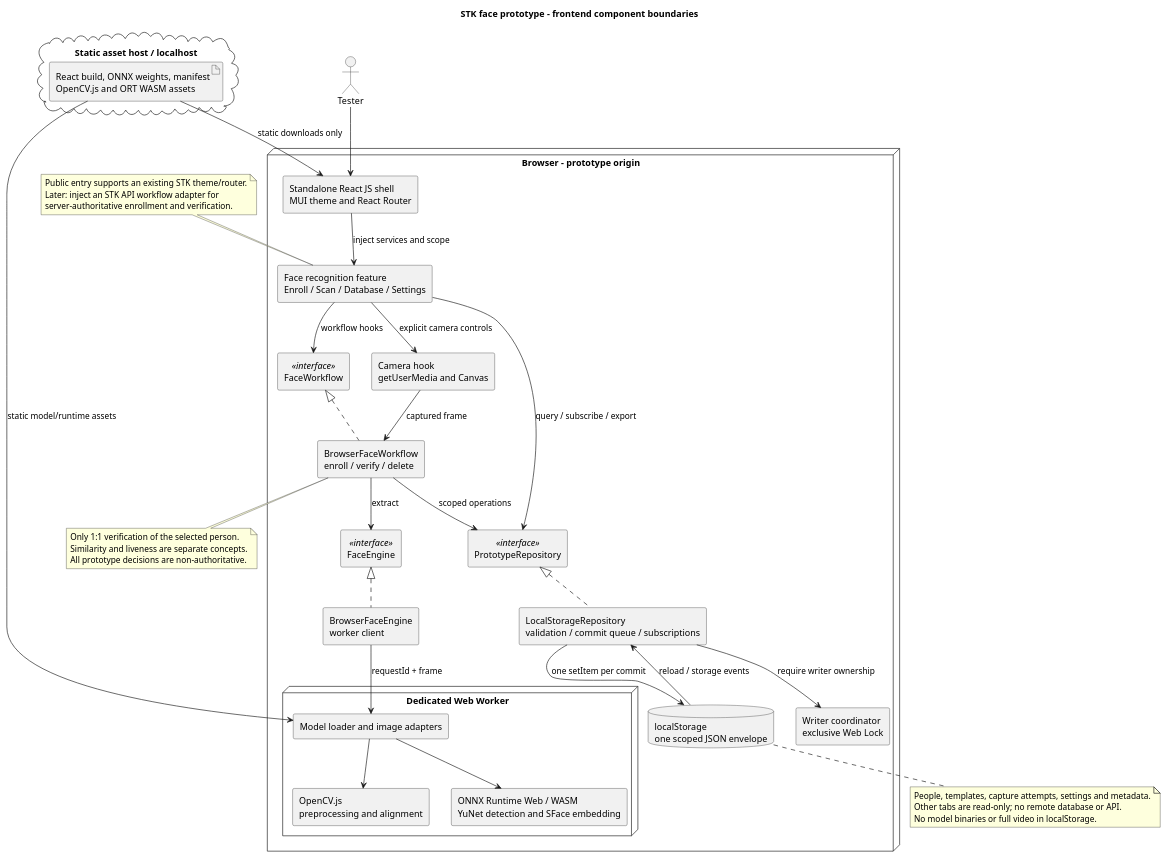
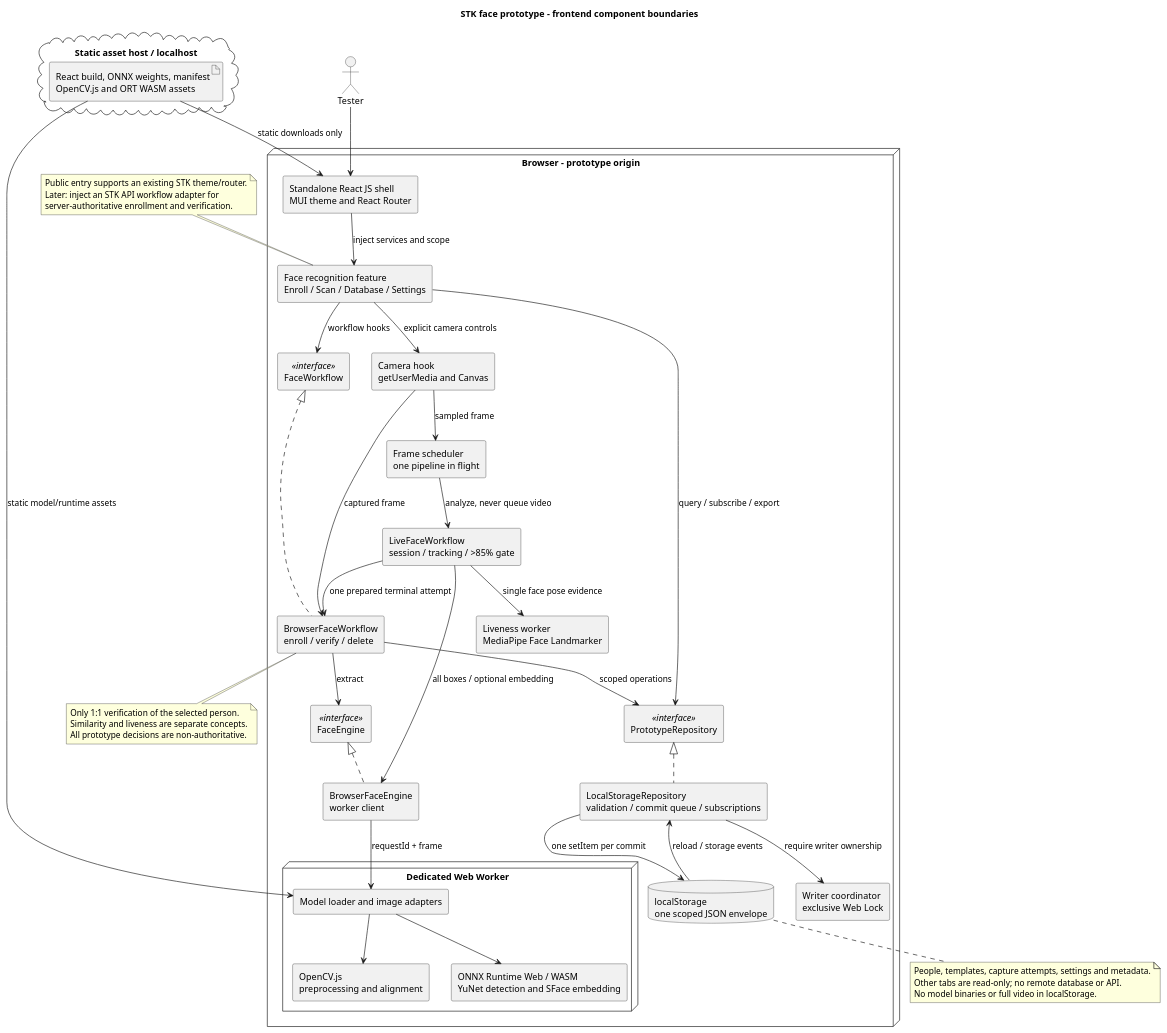
Before and after one commit to pixelDigitTony/face-recog-prototype: the first of 7 diagrams in docs/STK_FACE_RECOGNITION_PROTOTYPE_UML.puml, drawn with PlantUML. The commit also changed other lines of this file and 54 other files, not shown here.

```diff
--- a/docs/STK_FACE_RECOGNITION_PROTOTYPE_UML.puml
+++ b/docs/STK_FACE_RECOGNITION_PROTOTYPE_UML.puml
@@ -5,68 +5,76 @@
 @startuml stk_face_prototype_components
 title STK face prototype - frontend component boundaries
 top to bottom direction
 skinparam componentStyle rectangle
 skinparam shadowing false
 
 actor Tester
 cloud "Static asset host / localhost" as Assets {
   artifact "React build, ONNX weights, manifest\nOpenCV.js and ORT WASM assets" as Files
 }
 
 node "Browser - prototype origin" as Browser {
   component "Standalone React JS shell\nMUI theme and React Router" as Shell
   component "Face recognition feature\nEnroll / Scan / Database / Settings" as Feature
   component "FaceWorkflow" as WorkflowPort <<interface>>
   component "BrowserFaceWorkflow\nenroll / verify / delete" as Workflow
   component "PrototypeRepository" as RepositoryPort <<interface>>
   component "LocalStorageRepository\nvalidation / commit queue / subscriptions" as Repository
   component "Writer coordinator\nexclusive Web Lock" as Writer
   database "localStorage\none scoped JSON envelope" as Storage
   component "FaceEngine" as EnginePort <<interface>>
   component "BrowserFaceEngine\nworker client" as Engine
   component "Camera hook\ngetUserMedia and Canvas" as Camera
+  component "LiveFaceWorkflow\nsession / tracking / >85% gate" as Live
+  component "Frame scheduler\none pipeline in flight" as Scheduler
+  component "Liveness worker\nMediaPipe Face Landmarker" as Liveness
   node "Dedicated Web Worker" as Worker {
     component "Model loader and image adapters" as Adapters
     component "OpenCV.js\npreprocessing and alignment" as CV
     component "ONNX Runtime Web / WASM\nYuNet detection and SFace embedding" as ORT
   }
 }
 
 Tester --> Shell
 Shell --> Feature : inject services and scope
 Feature --> WorkflowPort : workflow hooks
 WorkflowPort <|.. Workflow
 Feature --> RepositoryPort : query / subscribe / export
 Feature --> Camera : explicit camera controls
 Camera --> Workflow : captured frame
+Camera --> Scheduler : sampled frame
+Scheduler --> Live : analyze, never queue video
+Live --> Engine : all boxes / optional embedding
+Live --> Liveness : single face pose evidence
+Live --> Workflow : one prepared terminal attempt
 Workflow --> RepositoryPort : scoped operations
 RepositoryPort <|.. Repository
 Repository --> Writer : require writer ownership
 Repository --> Storage : one setItem per commit
 Storage --> Repository : reload / storage events
 Workflow --> EnginePort : extract
 EnginePort <|.. Engine
 Engine --> Adapters : requestId + frame
 Adapters --> CV
 Adapters --> ORT
 Files --> Shell : static downloads only
 Files --> Adapters : static model/runtime assets
 
 note bottom of Workflow
   Only 1:1 verification of the selected person.
   Similarity and liveness are separate concepts.
   All prototype decisions are non-authoritative.
 end note
 
 note bottom of Storage
   People, templates, capture attempts, settings and metadata.
   Other tabs are read-only; no remote database or API.
   No model binaries or full video in localStorage.
 end note
 
 note top of Feature
   Public entry supports an existing STK theme/router.
   Later: inject an STK API workflow adapter for
   server-authoritative enrollment and verification.
 end note
 @enduml
```
